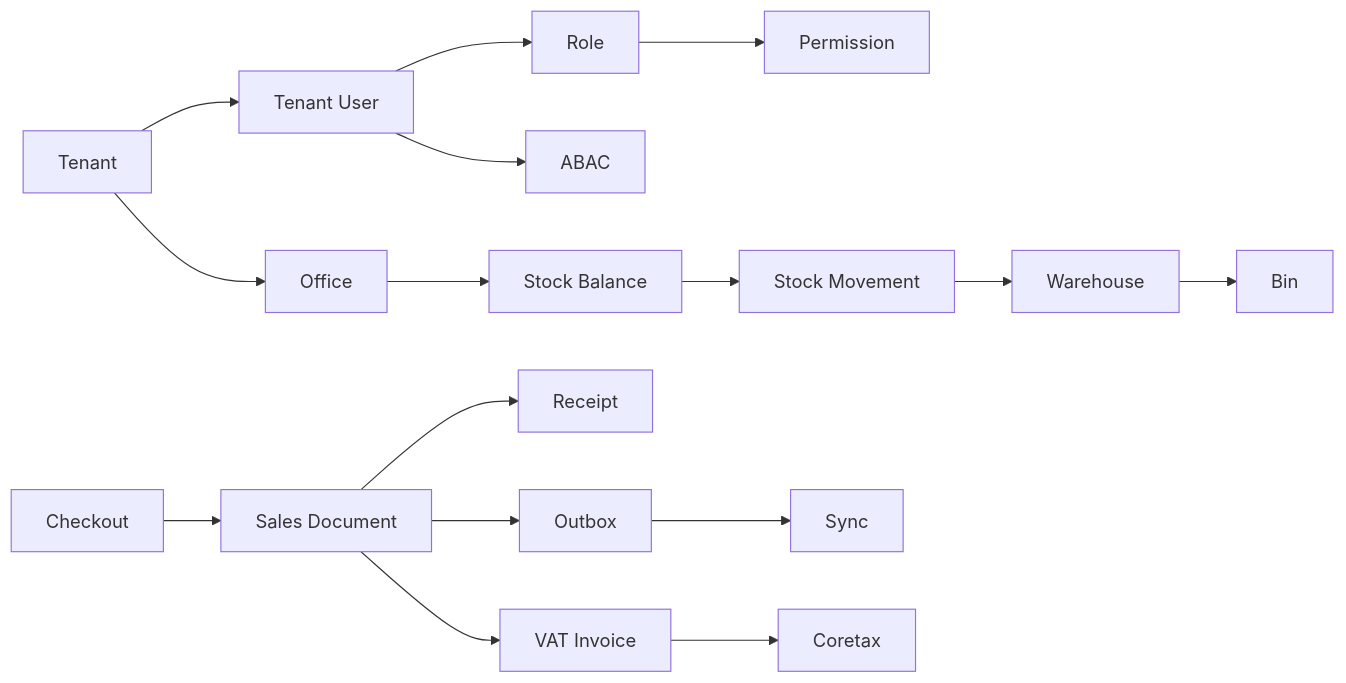
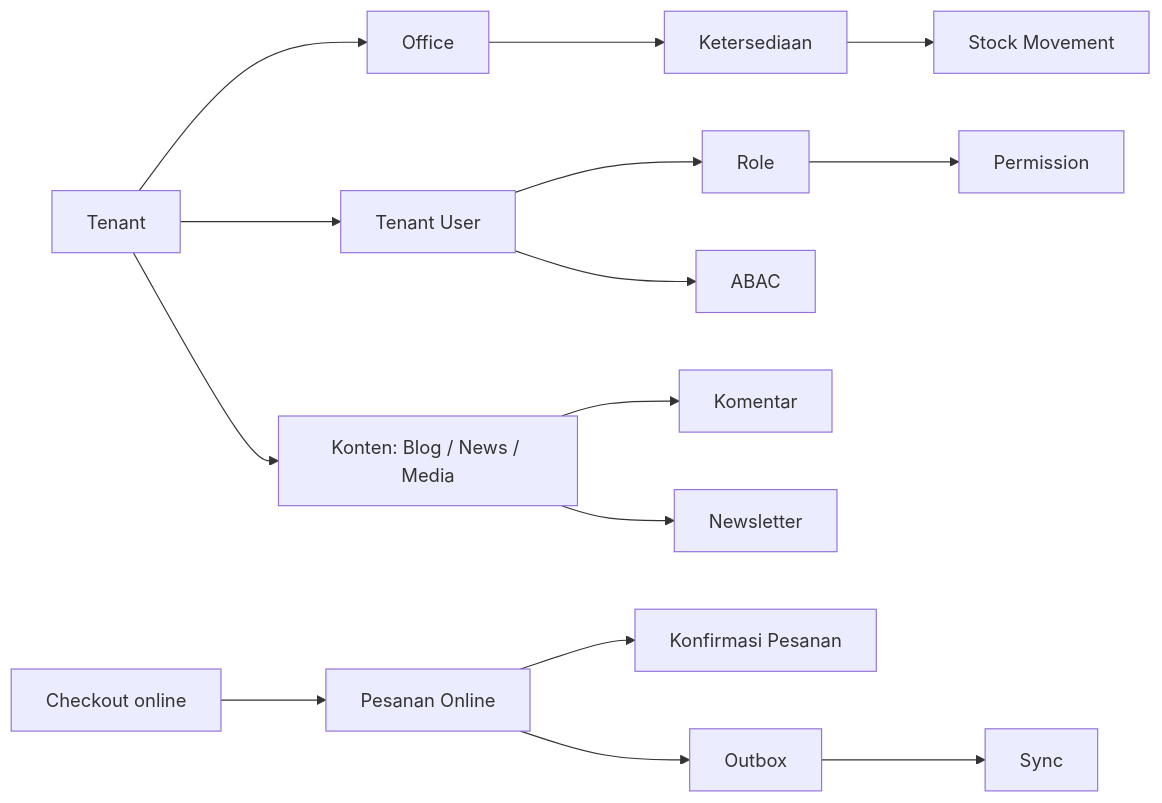
Before and after one commit to ahliweb/awcms-micro: the diagram in docs/awcms-micro/19_glossary_terminology.md, drawn with Mermaid. The commit also changed other lines of this file and 24 other files, not shown here.

````diff
--- a/docs/awcms-micro/19_glossary_terminology.md
+++ b/docs/awcms-micro/19_glossary_terminology.md
@@ -11,11 +11,12 @@
 ```mermaid
 flowchart LR
   Tenant[Tenant] --> Office[Office]
   Tenant --> User[Tenant User] --> Role --> Perm[Permission]
   User --> ABAC
-  Office --> Stock[Stock Balance] --> Movement[Stock Movement]
-  Checkout --> SalesDoc[Sales Document] --> Receipt
+  Tenant --> Content[Konten: Blog / News / Media]
+  Content --> Comments[Komentar]
+  Content --> Newsletter
+  Office --> Stock[Ketersediaan] --> Movement[Stock Movement]
+  Checkout[Checkout online] --> SalesDoc[Pesanan Online] --> Confirm[Konfirmasi Pesanan]
   SalesDoc --> Outbox --> Sync
-  SalesDoc --> VAT[VAT Invoice] --> Coretax
-  Movement --> Warehouse --> Bin
 ```
````
